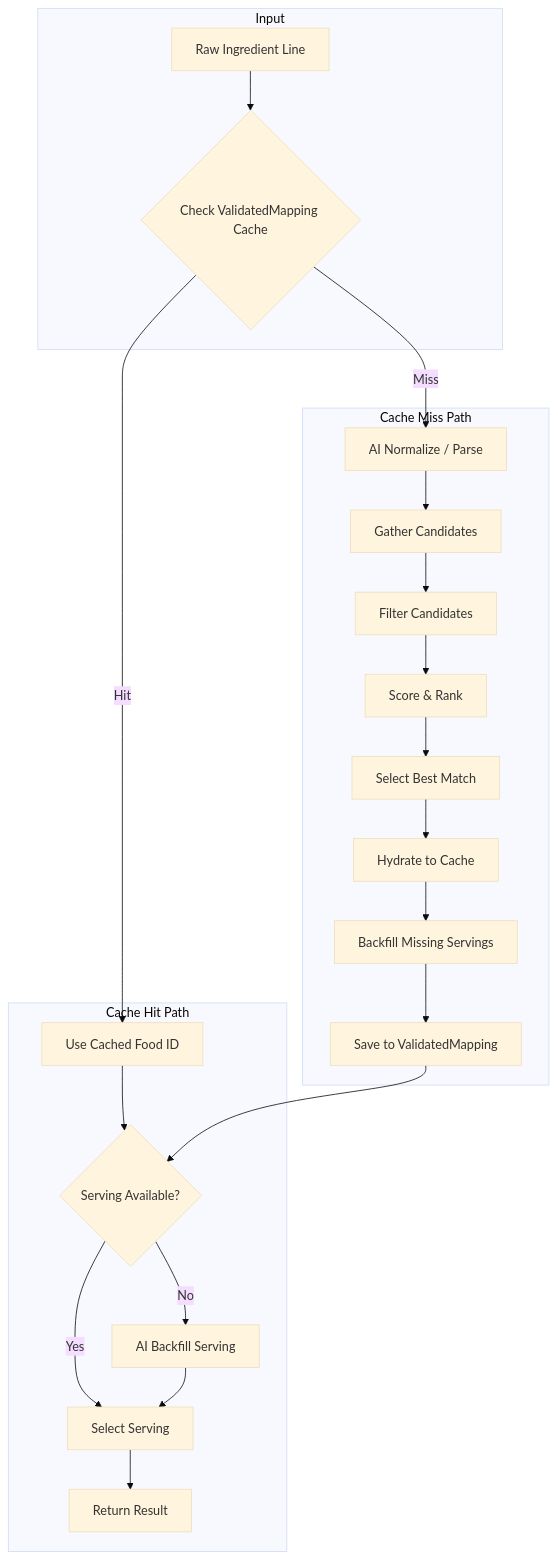
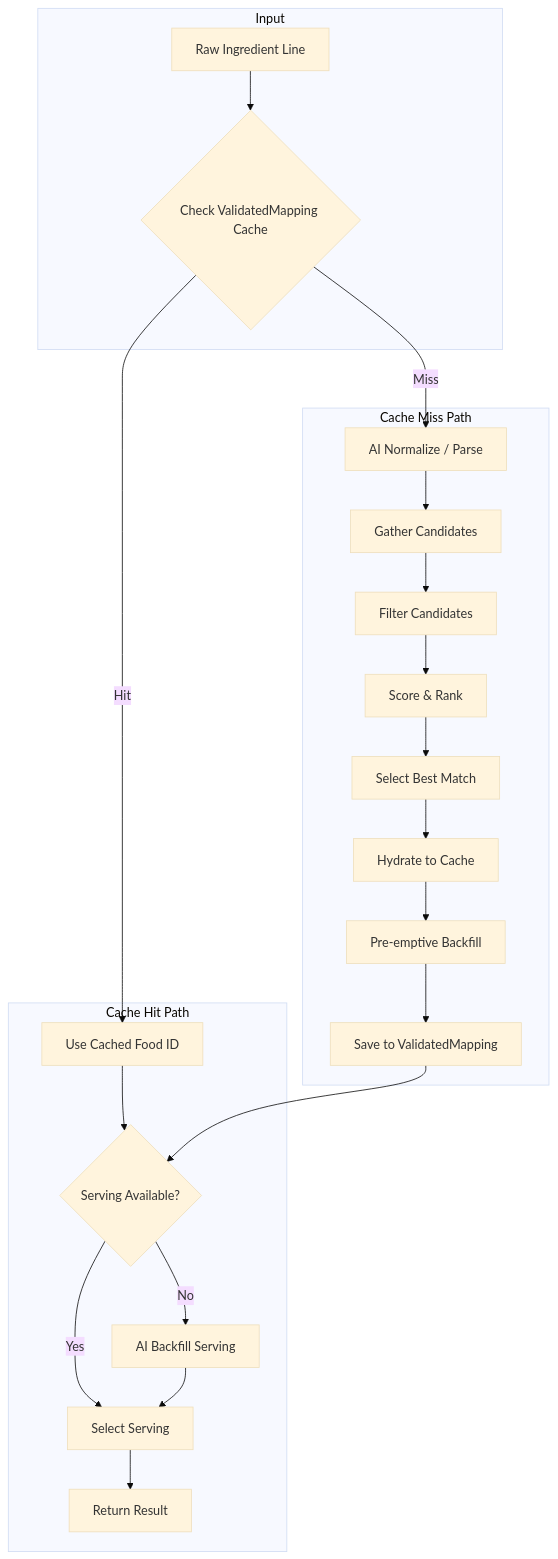
Before and after one commit to evawlve/Recipe-App: the diagram in docs/ingredient-mapping-pipeline.md, drawn with Mermaid (base theme). The commit also changed other lines of this file and 59 other files, not shown here.

````diff
--- a/docs/ingredient-mapping-pipeline.md
+++ b/docs/ingredient-mapping-pipeline.md
@@ -32,27 +23,27 @@
 ```mermaid
 flowchart TD
     subgraph Input
         A[Raw Ingredient Line] --> B{Check ValidatedMapping Cache}
     end
     
     subgraph Cache_Hit["Cache Hit Path"]
         B -->|Hit| C[Use Cached Food ID]
         C --> D{Serving Available?}
         D -->|Yes| E[Select Serving]
         D -->|No| F[AI Backfill Serving]
         F --> E
         E --> G[Return Result]
     end
     
     subgraph Cache_Miss["Cache Miss Path"]
         B -->|Miss| H[AI Normalize / Parse]
         H --> I[Gather Candidates]
         I --> J[Filter Candidates]
         J --> K[Score & Rank]
         K --> L[Select Best Match]
         L --> M[Hydrate to Cache]
-        M --> N[Backfill Missing Servings]
+        M --> N[Pre-emptive Backfill]
         N --> O[Save to ValidatedMapping]
         O --> D
     end
 ```
````
